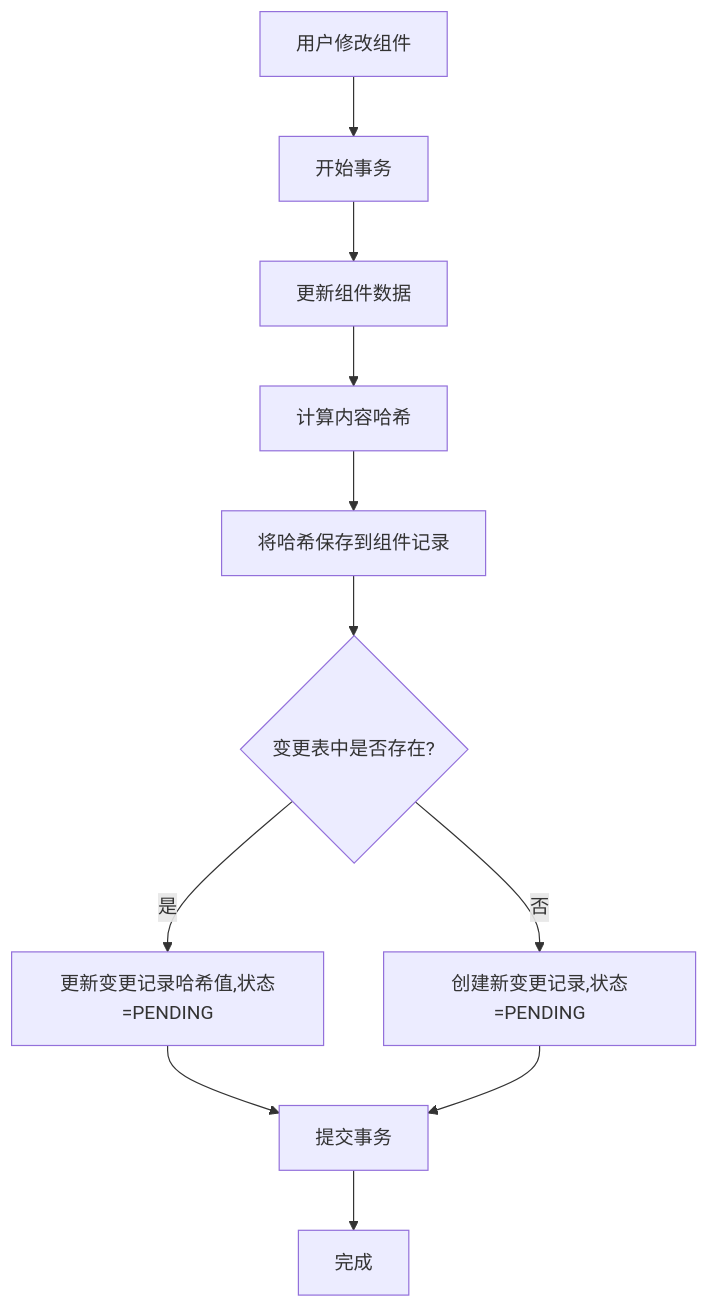
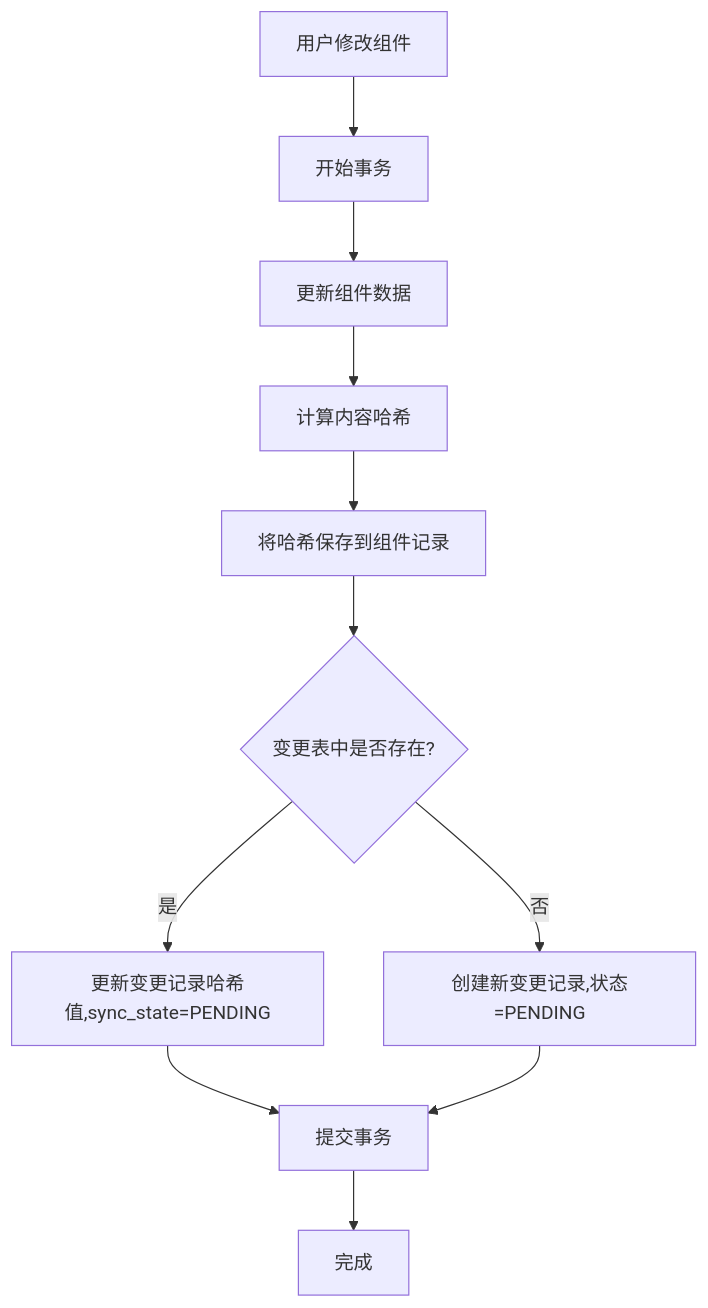
Before and after one commit to yingjianzh/iodraw-files: the diagram in all/未命名-42.md, drawn with Mermaid.

Commit message:
2025-04-24 14:44:45 update

````diff
--- a/all/未命名-42.md
+++ b/all/未命名-42.md
@@ -1,15 +1,15 @@
 ```mermaid
 flowchart TD
     Start[用户修改组件] --> StartTransaction[开始事务]
     StartTransaction --> UpdateComponent[更新组件数据]
     UpdateComponent --> CalcHash[计算内容哈希]
     CalcHash --> SaveHash[将哈希保存到组件记录]
     SaveHash --> CheckExists{变更表中是否存在?}
     
-    CheckExists -- 是 --> UpdateChange[更新变更记录哈希值,状态=PENDING]
+    CheckExists -- 是 --> UpdateChange[更新变更记录哈希值,sync_state=PENDING]
     CheckExists -- 否 --> CreateChange[创建新变更记录,状态=PENDING]
     
     UpdateChange --> CommitTransaction[提交事务]
     CreateChange --> CommitTransaction
     CommitTransaction --> End[完成]
 ```
````
